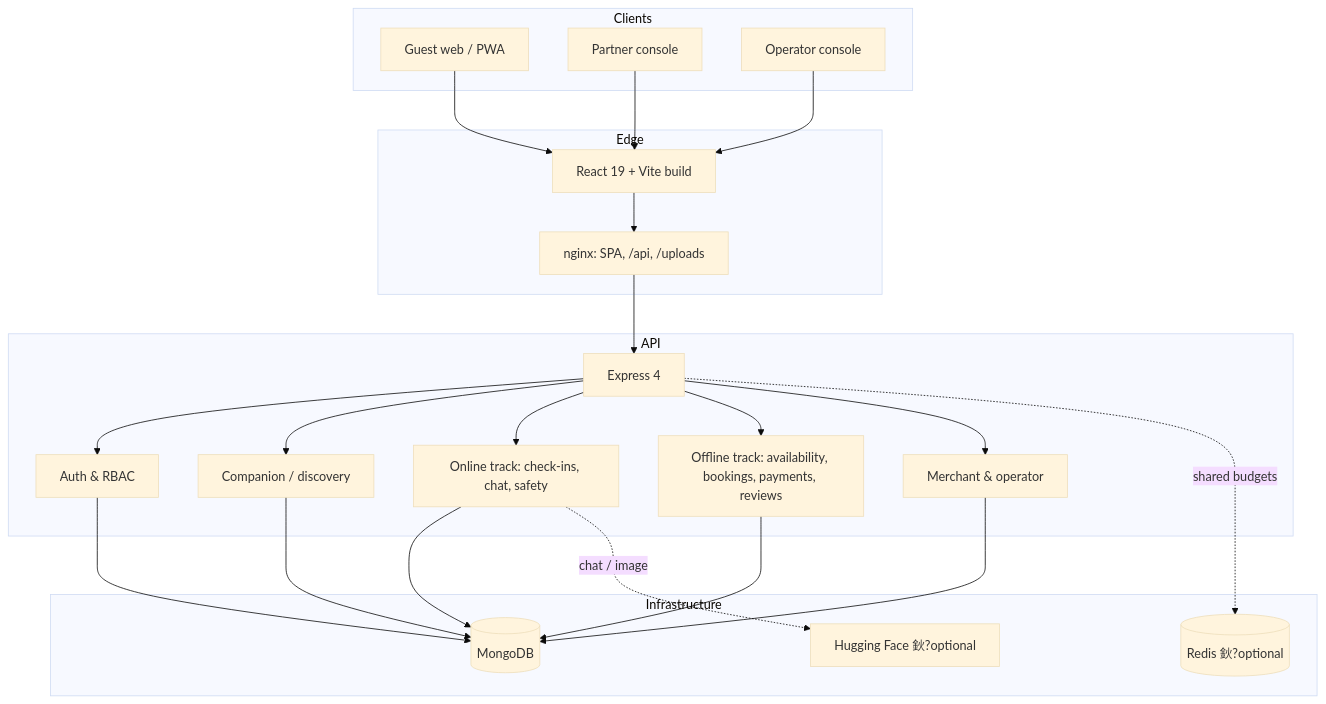
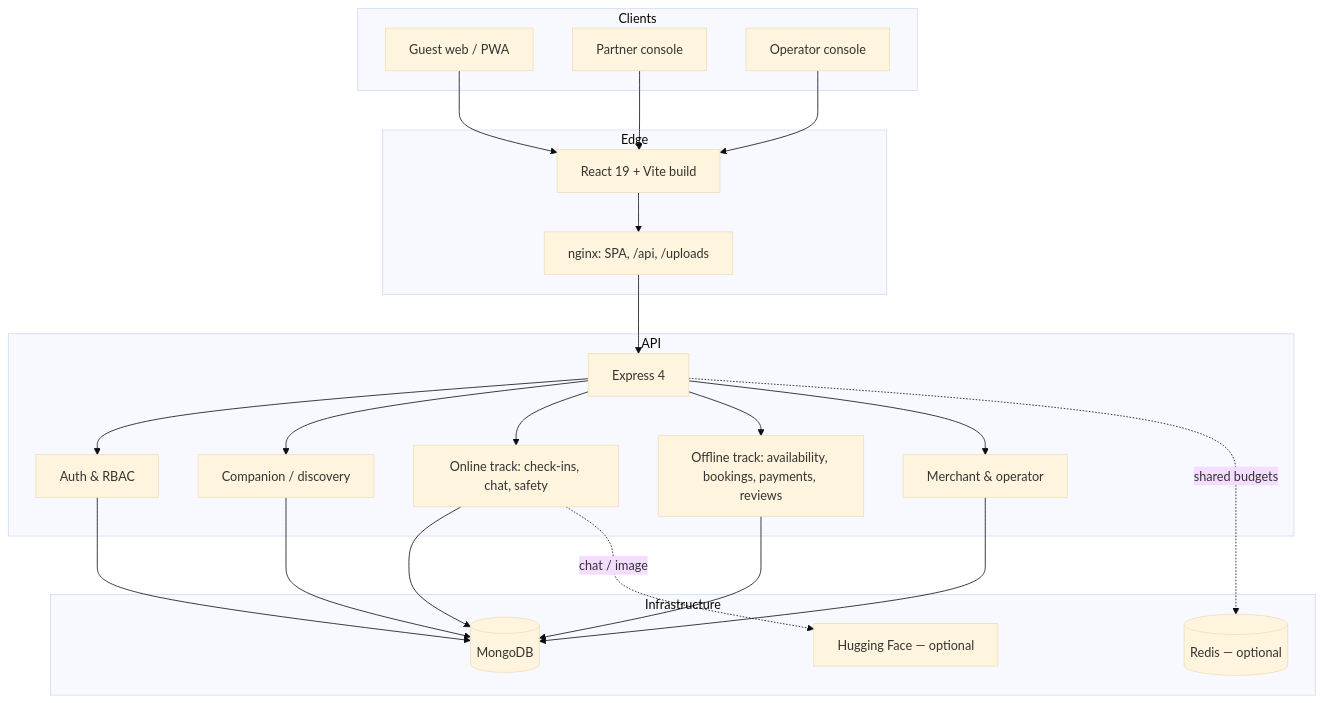
Before and after one commit to Mike-Animal-Counseling/PawCompanion: the first of 4 diagrams in Architecture.md, drawn with Mermaid (base theme). The commit also changed other lines of this file and 1 other file, not shown here.

Commit message:
docs: repair punctuation encoding in architecture and deployment

````diff
--- a/Architecture.md
+++ b/Architecture.md
@@ -47,46 +47,46 @@
 ```mermaid
 flowchart TB
   subgraph Clients
     Guest[Guest web / PWA]
     Partner[Partner console]
     Operator[Operator console]
   end
 
   subgraph Edge
     Web[React 19 + Vite build]
     Nginx[nginx: SPA, /api, /uploads]
   end
 
   subgraph API
     Express[Express 4]
     Auth[Auth & RBAC]
     Companion[Companion / discovery]
     Online[Online track: check-ins, chat, safety]
     Offline[Offline track: availability, bookings, payments, reviews]
     Ops[Merchant & operator]
   end
 
   subgraph Infrastructure
     Mongo[(MongoDB)]
-    Redis[(Redis 鈥?optional)]
-    HF[Hugging Face 鈥?optional]
+    Redis[(Redis — optional)]
+    HF[Hugging Face — optional]
   end
 
   Guest --> Web
   Partner --> Web
   Operator --> Web
   Web --> Nginx
   Nginx --> Express
   Express --> Auth
   Express --> Companion
   Express --> Online
   Express --> Offline
   Express --> Ops
   Auth --> Mongo
   Companion --> Mongo
   Online --> Mongo
   Offline --> Mongo
   Ops --> Mongo
   Express -. shared budgets .-> Redis
   Online -. chat / image .-> HF
 ```
````
